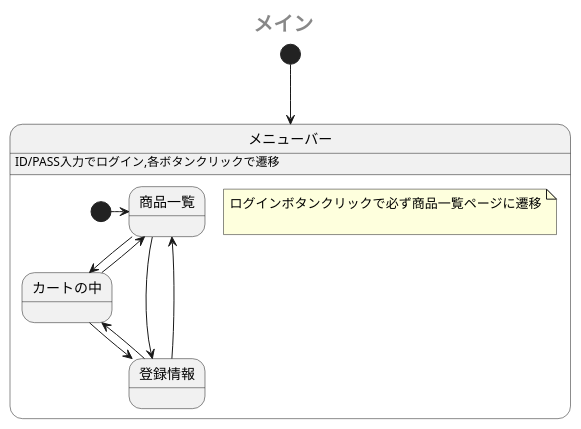
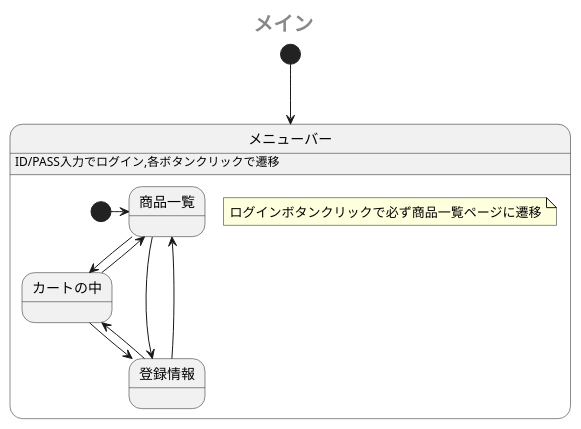
One commit to Aso2001385/2021sys-design changed the first of 2 diagrams in sample/StateMachine.md. Above: the diagram before and after it, drawn with PlantUML.

````diff
--- a/sample/StateMachine.md
+++ b/sample/StateMachine.md
@@ -1,23 +1,23 @@
 ```uml
 @startuml
  center header <size:20><b>メイン</b></size>
  [*] --> メニューバー
  state メニューバー {
    メニューバー: ID/PASS入力でログイン,各ボタンクリックで遷移
    [*] -> 商品一覧
-   note "ログインボタンクリックで必ず商品一覧ページに遷移\n" as N1
+   note "ログインボタンクリックで必ず商品一覧ページに遷移" as N1
  
    商品一覧 -down-> カートの中
    カートの中 -up-> 商品一覧
    カートの中 -down-> 登録情報
    登録情報 -up-> カートの中
    商品一覧 -right-> 登録情報
    商品一覧 -[hidden]> 登録情報
    登録情報 -left-> 商品一覧
    登録情報 -[hidden]> 商品一覧
    
 
  }
  
 @enduml
 ```
````
